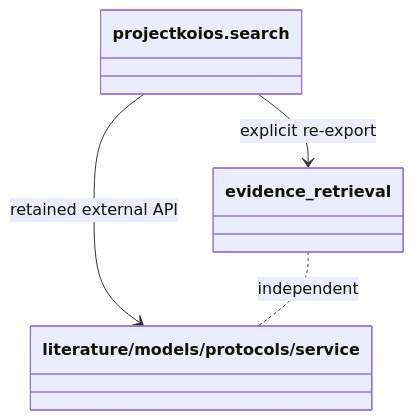
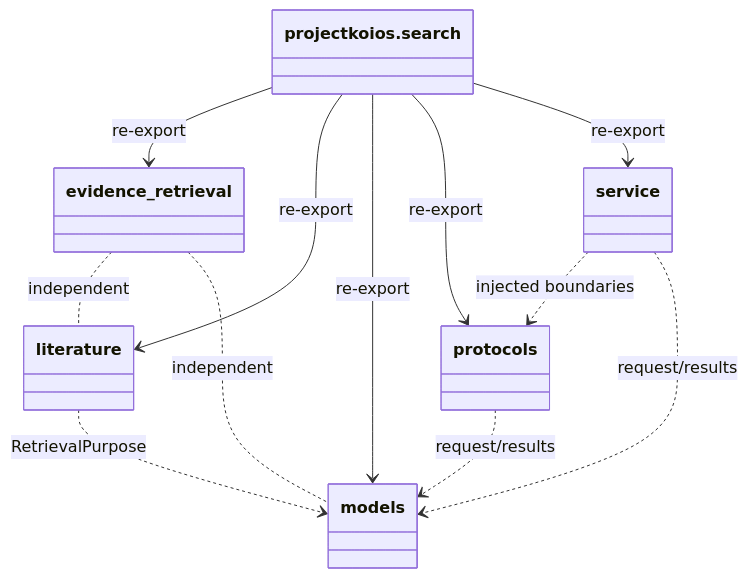
Before and after one commit to eragasa/projectkoios-search: the diagram in docs/architecture/projectkoios/search/implementation.md, drawn with Mermaid. The commit also changed other lines of this file and 53 other files, not shown here.

Commit message:
docs: complete source-mirrored search architecture

````diff
--- a/docs/architecture/projectkoios/search/implementation.md
+++ b/docs/architecture/projectkoios/search/implementation.md
@@ -7,10 +7,21 @@
 ```mermaid
 classDiagram
     class SearchFacade["projectkoios.search"]
     class EvidenceRetrievalModule["evidence_retrieval"]
-    class LegacyModules["literature/models/protocols/service"]
+    class LiteratureModule["literature"]
+    class ModelsModule["models"]
+    class ProtocolsModule["protocols"]
+    class ServiceModule["service"]
 
-    SearchFacade --> EvidenceRetrievalModule : explicit re-export
-    SearchFacade --> LegacyModules : retained external API
-    EvidenceRetrievalModule .. LegacyModules : independent
+    SearchFacade --> EvidenceRetrievalModule : re-export
+    SearchFacade --> LiteratureModule : re-export
+    SearchFacade --> ModelsModule : re-export
+    SearchFacade --> ProtocolsModule : re-export
+    SearchFacade --> ServiceModule : re-export
+    LiteratureModule ..> ModelsModule : RetrievalPurpose
+    ProtocolsModule ..> ModelsModule : request/results
+    ServiceModule ..> ProtocolsModule : injected boundaries
+    ServiceModule ..> ModelsModule : request/results
+    EvidenceRetrievalModule .. LiteratureModule : independent
+    EvidenceRetrievalModule .. ModelsModule : independent
 ```
````
